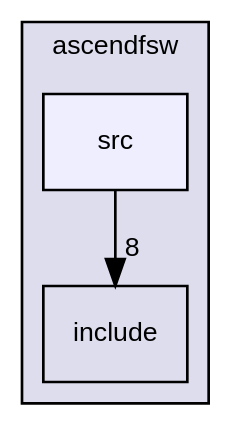
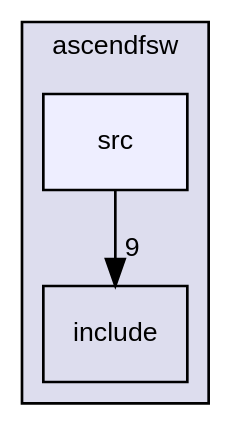
The diagram in docs/dir_d7d498d630d77a78877888d5961eb9e9_dep.dot (ASU-ASCEND/Fall-2024), drawn with Graphviz before and after one commit. The commit also changed 94 other files, not shown here.

```diff
--- a/docs/dir_d7d498d630d77a78877888d5961eb9e9_dep.dot
+++ b/docs/dir_d7d498d630d77a78877888d5961eb9e9_dep.dot
@@ -1,12 +1,12 @@
 digraph "/home/runner/work/Fall-2024/Fall-2024/ascendfsw/src" {
   bgcolor=transparent;
   compound=true
   node [ fontsize="10", fontname="Helvetica"];
   edge [ labelfontsize="10", labelfontname="Helvetica"];
   subgraph clusterdir_ff455c5362987bedc71331f2f73f324a {
     graph [ bgcolor="#ddddee", pencolor="black", label="ascendfsw" fontname="Helvetica", fontsize="10", URL="dir_ff455c5362987bedc71331f2f73f324a.html"]
   dir_598cc9471c9d54adc06440bf1ece3782 [shape=box label="include" URL="dir_598cc9471c9d54adc06440bf1ece3782.html"];
   dir_d7d498d630d77a78877888d5961eb9e9 [shape=box, label="src", style="filled", fillcolor="#eeeeff", pencolor="black", URL="dir_d7d498d630d77a78877888d5961eb9e9.html"];
   }
-  dir_d7d498d630d77a78877888d5961eb9e9->dir_598cc9471c9d54adc06440bf1ece3782 [headlabel="8", labeldistance=1.5 headhref="dir_000002_000001.html"];
+  dir_d7d498d630d77a78877888d5961eb9e9->dir_598cc9471c9d54adc06440bf1ece3782 [headlabel="9", labeldistance=1.5 headhref="dir_000002_000001.html"];
 }
```
